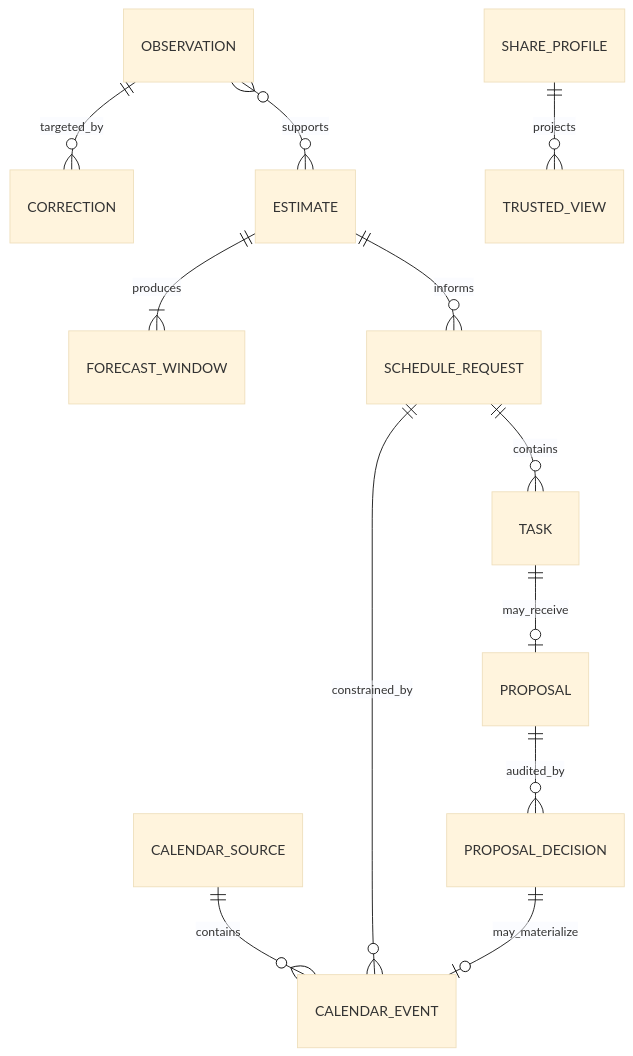
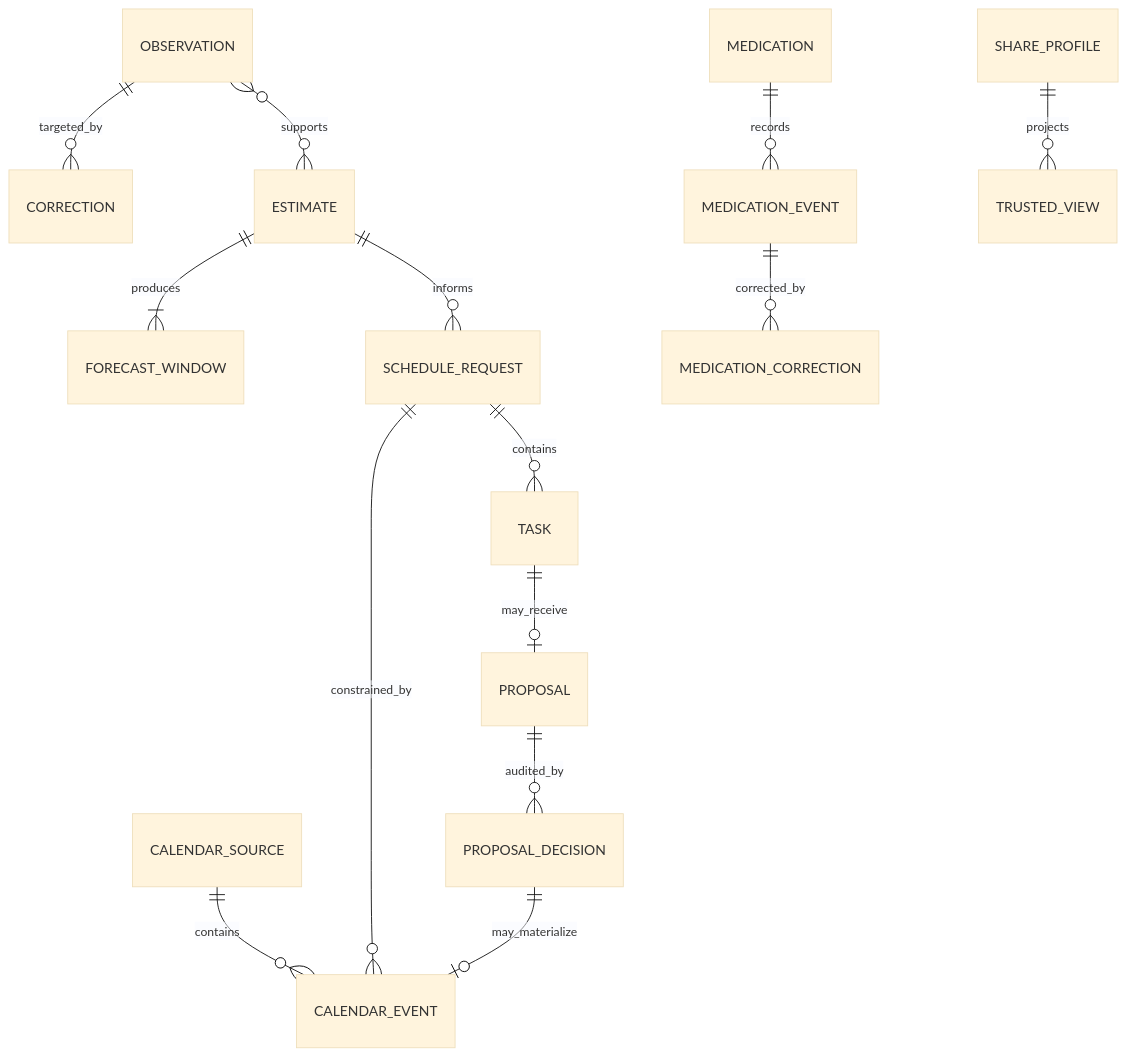
Before and after one commit to wellivea1/ZeitBoard: the diagram in docs/data-model.md, drawn with Mermaid (base theme). The commit also changed other lines of this file and 37 other files, not shown here.

````diff
--- a/docs/data-model.md
+++ b/docs/data-model.md
@@ -82,14 +99,16 @@
 ```mermaid
 erDiagram
   OBSERVATION ||--o{ CORRECTION : targeted_by
   OBSERVATION }o--o{ ESTIMATE : supports
   ESTIMATE ||--|{ FORECAST_WINDOW : produces
   ESTIMATE ||--o{ SCHEDULE_REQUEST : informs
   CALENDAR_SOURCE ||--o{ CALENDAR_EVENT : contains
+  MEDICATION ||--o{ MEDICATION_EVENT : records
+  MEDICATION_EVENT ||--o{ MEDICATION_CORRECTION : corrected_by
   SCHEDULE_REQUEST ||--o{ CALENDAR_EVENT : constrained_by
   SCHEDULE_REQUEST ||--o{ TASK : contains
   TASK ||--o| PROPOSAL : may_receive
   PROPOSAL ||--o{ PROPOSAL_DECISION : audited_by
   PROPOSAL_DECISION ||--o| CALENDAR_EVENT : may_materialize
   SHARE_PROFILE ||--o{ TRUSTED_VIEW : projects
 ```
````
